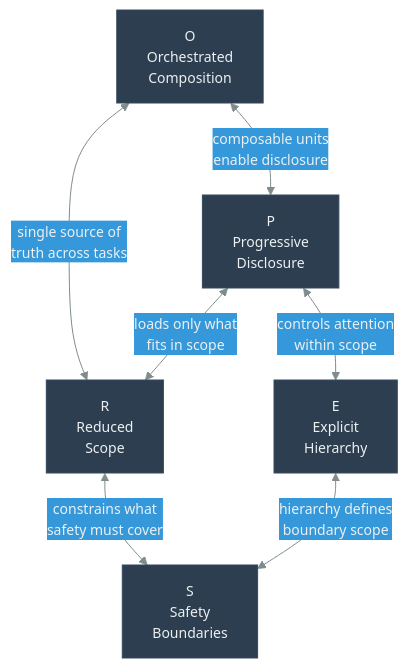
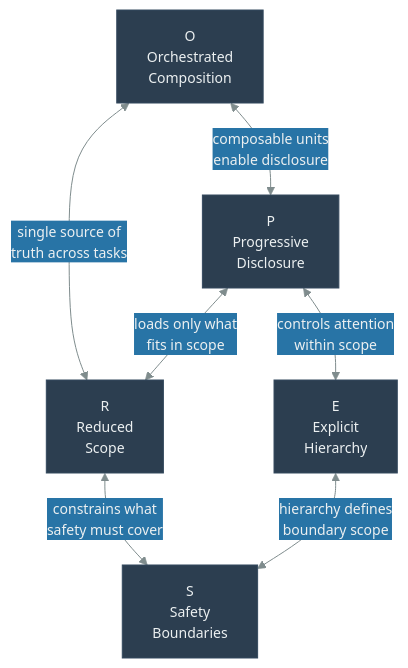
Before and after one commit to danielmeppiel/agentic-sdlc-handbook: the diagram in handbook/ch10-the-prose-specification.qmd, drawn with Mermaid. The commit also changed 11 other files, not shown here.

First line of the commit message:
fix: WCAG AA+ contrast compliance for all diagram colors

````diff
--- a/handbook/ch10-the-prose-specification.qmd
+++ b/handbook/ch10-the-prose-specification.qmd
@@ -383,14 +383,14 @@
 ```{mermaid}
 %%| fig-width: 4.5
 %%| label: fig-prose-constraints
 %%| fig-cap: "Relationships between the five PROSE constraints"
 %%| fig-alt: "Graph showing five interconnected nodes representing the PROSE constraints: P (Progressive Disclosure), R (Reduced Scope), O (Orchestrated Composition), S (Safety Boundaries), and E (Explicit Hierarchy). Bidirectional edges connect: P and E with 'controls attention within scope', R and S with 'constrains what safety must cover', O and R with 'single source of truth across tasks', P and R with 'loads only what fits in scope', E and S with 'hierarchy defines boundary scope', and O and P with 'composable units enable disclosure'. Each pair reinforces the other to cover distinct failure modes."
-%%{init: {'theme': 'base', 'themeVariables': {'primaryColor': '#2c3e50', 'primaryTextColor': '#ecf0f1', 'primaryBorderColor': '#34495e', 'lineColor': '#7f8c8d', 'secondaryColor': '#3498db', 'tertiaryColor': '#ecf0f1', 'fontSize': '14px'}}}%%
+%%{init: {'theme': 'base', 'themeVariables': {'primaryColor': '#2c3e50', 'primaryTextColor': '#ecf0f1', 'primaryBorderColor': '#34495e', 'lineColor': '#7f8c8d', 'secondaryColor': '#2874a6', 'tertiaryColor': '#ecf0f1', 'fontSize': '14px'}}}%%
 graph TD
     P["P<br/>Progressive<br/>Disclosure"] <-- "controls attention<br/>within scope" --> E["E<br/>Explicit<br/>Hierarchy"]
     R["R<br/>Reduced<br/>Scope"] <-- "constrains what<br/>safety must cover" --> S["S<br/>Safety<br/>Boundaries"]
     O["O<br/>Orchestrated<br/>Composition"] <-- "single source of<br/>truth across tasks" --> R
     P <-- "loads only what<br/>fits in scope" --> R
     E <-- "hierarchy defines<br/>boundary scope" --> S
     O <-- "composable units<br/>enable disclosure" --> P
 ```
````
